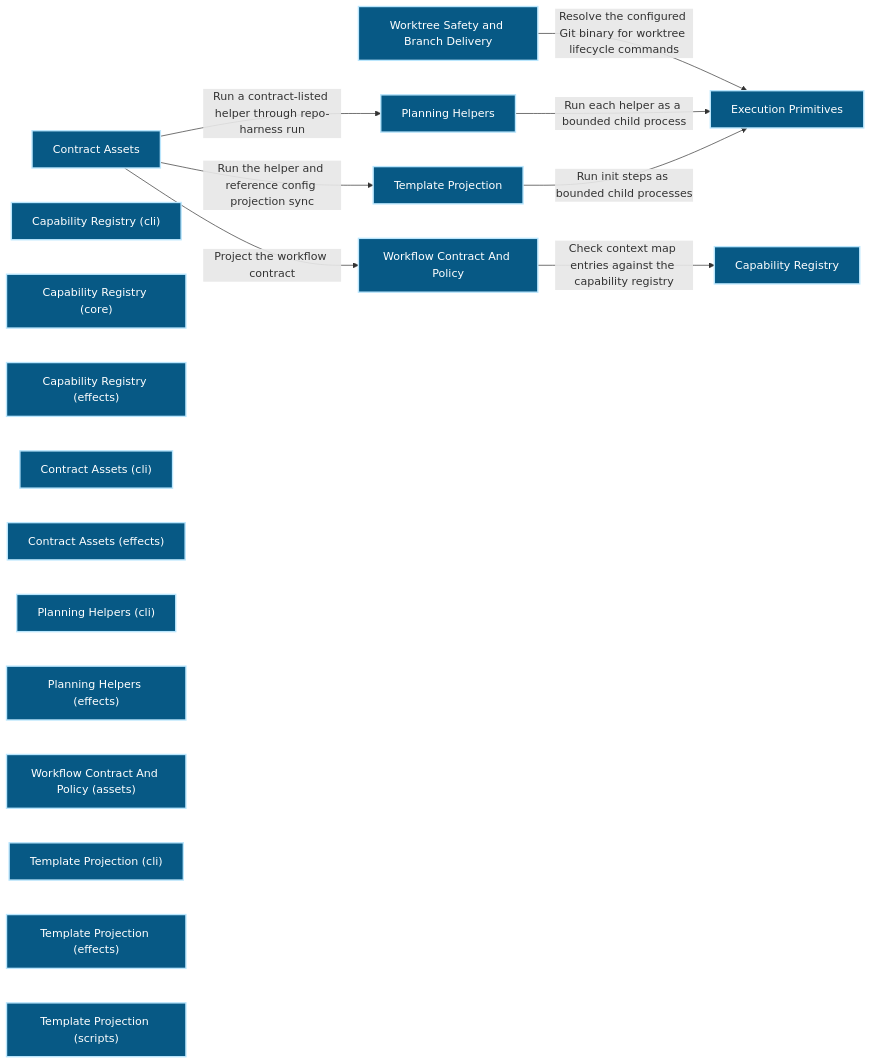
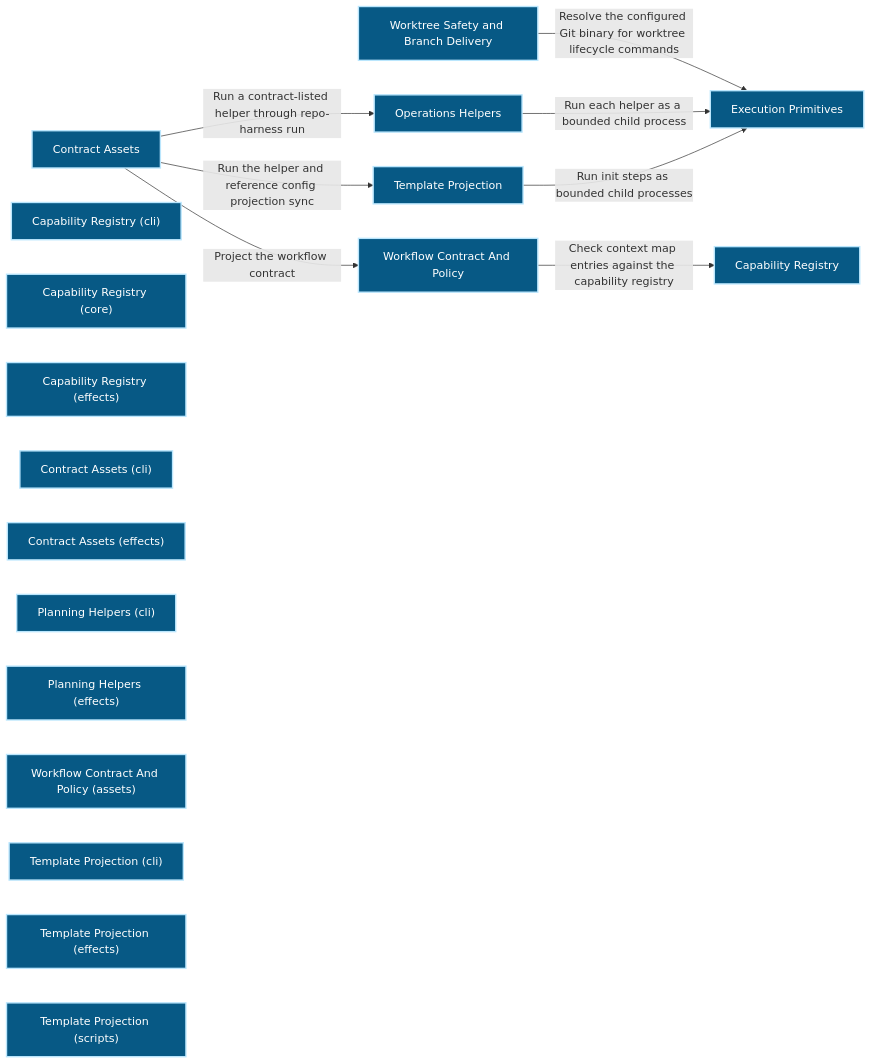
Before and after one commit to Ancienttwo/repo-harness: the first of 3 diagrams in docs/architecture/modules/workflow-engine/contract-assets.md, drawn with Mermaid. The commit also changed other lines of this file and 8 other files, not shown here.

First line of the commit message:
chore(projection): refresh generated architecture outputs for main@8916d116a09f

````diff
--- a/docs/architecture/modules/workflow-engine/contract-assets.md
+++ b/docs/architecture/modules/workflow-engine/contract-assets.md
@@ -15,32 +15,32 @@
 ```mermaid
 flowchart LR
   p1_capability_workflow_engine_contract_assets_c7ab122d["Contract Assets"]:::component
   p1_capability_workflow_engine_execution_primitives_b3033934["Execution Primitives"]:::component
   p1_component_contract_assets_capability_registry_87c3dd18["Capability Registry"]:::component
   p1_component_contract_assets_capability_registry_cli_2b3df796["Capability Registry (cli)"]:::component
   p1_component_contract_assets_capability_registry_core_31561a08["Capability Registry (core)"]:::component
   p1_component_contract_assets_capability_registry_effects_691a8423["Capability Registry (effects)"]:::component
   p1_component_contract_assets_cli_layer_90bb6fa4["Contract Assets (cli)"]:::component
   p1_component_contract_assets_contract_worktree_lifecycle_5cb413df["Worktree Safety and Branch Delivery"]:::component
   p1_component_contract_assets_effects_layer_03f9e65c["Contract Assets (effects)"]:::component
-  p1_component_contract_assets_planning_helpers_7600c3e5["Planning Helpers"]:::component
+  p1_component_contract_assets_planning_helpers_7600c3e5["Operations Helpers"]:::component
   p1_component_contract_assets_planning_helpers_cli_8bc2bdf7["Planning Helpers (cli)"]:::component
   p1_component_contract_assets_planning_helpers_effects_57f98a5d["Planning Helpers (effects)"]:::component
   p1_component_contract_assets_primary_21097608["Workflow Contract And Policy"]:::component
   p1_component_contract_assets_primary_assets_2781b8e0["Workflow Contract And Policy (assets)"]:::component
   p1_component_contract_assets_template_projection_e6aa176d["Template Projection"]:::component
   p1_component_contract_assets_template_projection_cli_568c10ed["Template Projection (cli)"]:::component
   p1_component_contract_assets_template_projection_effects_b7613afa["Template Projection (effects)"]:::component
   p1_component_contract_assets_template_projection_scripts_e75fee1f["Template Projection (scripts)"]:::component
   p1_component_contract_assets_contract_worktree_lifecycle_5cb413df -->|"Resolve the configured Git binary for worktree lifecycle commands"| p1_capability_workflow_engine_execution_primitives_b3033934
   p1_capability_workflow_engine_contract_assets_c7ab122d -->|"Run a contract-listed helper through repo-harness run"| p1_component_contract_assets_planning_helpers_7600c3e5
   p1_component_contract_assets_planning_helpers_7600c3e5 -->|"Run each helper as a bounded child process"| p1_capability_workflow_engine_execution_primitives_b3033934
   p1_capability_workflow_engine_contract_assets_c7ab122d -->|"Project the workflow contract"| p1_component_contract_assets_primary_21097608
   p1_component_contract_assets_primary_21097608 -->|"Check context map entries against the capability registry"| p1_component_contract_assets_capability_registry_87c3dd18
   p1_capability_workflow_engine_contract_assets_c7ab122d -->|"Run the helper and reference config projection sync"| p1_component_contract_assets_template_projection_e6aa176d
   p1_component_contract_assets_template_projection_e6aa176d -->|"Run init steps as bounded child processes"| p1_capability_workflow_engine_execution_primitives_b3033934
   classDef actor fill:#111827,color:#ffffff,stroke:#f9fafb,stroke-width:2px
   classDef component fill:#075985,color:#ffffff,stroke:#bae6fd,stroke-width:2px
   classDef datastore fill:#3f6212,color:#ffffff,stroke:#d9f99d,stroke-width:2px
   classDef external fill:#7c2d12,color:#ffffff,stroke:#fed7aa,stroke-width:2px
 ```
````
